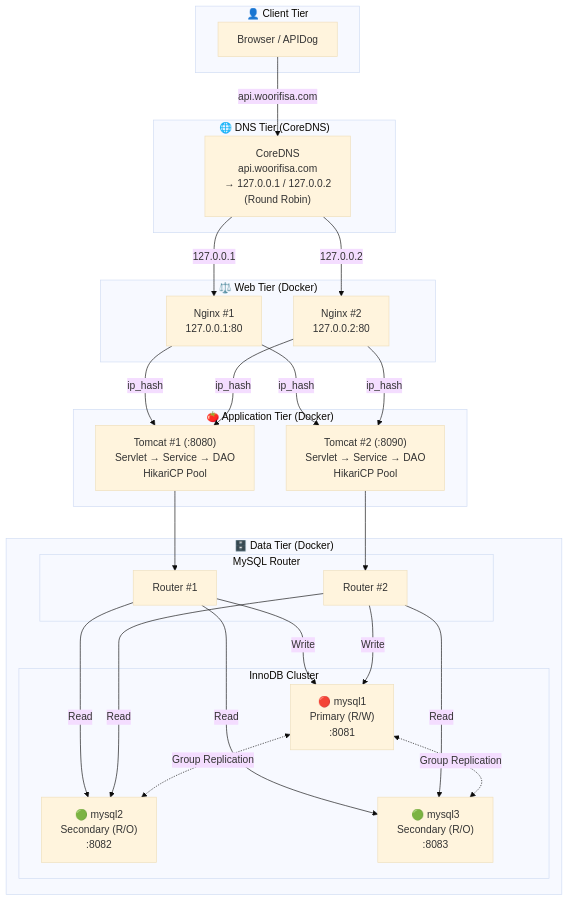
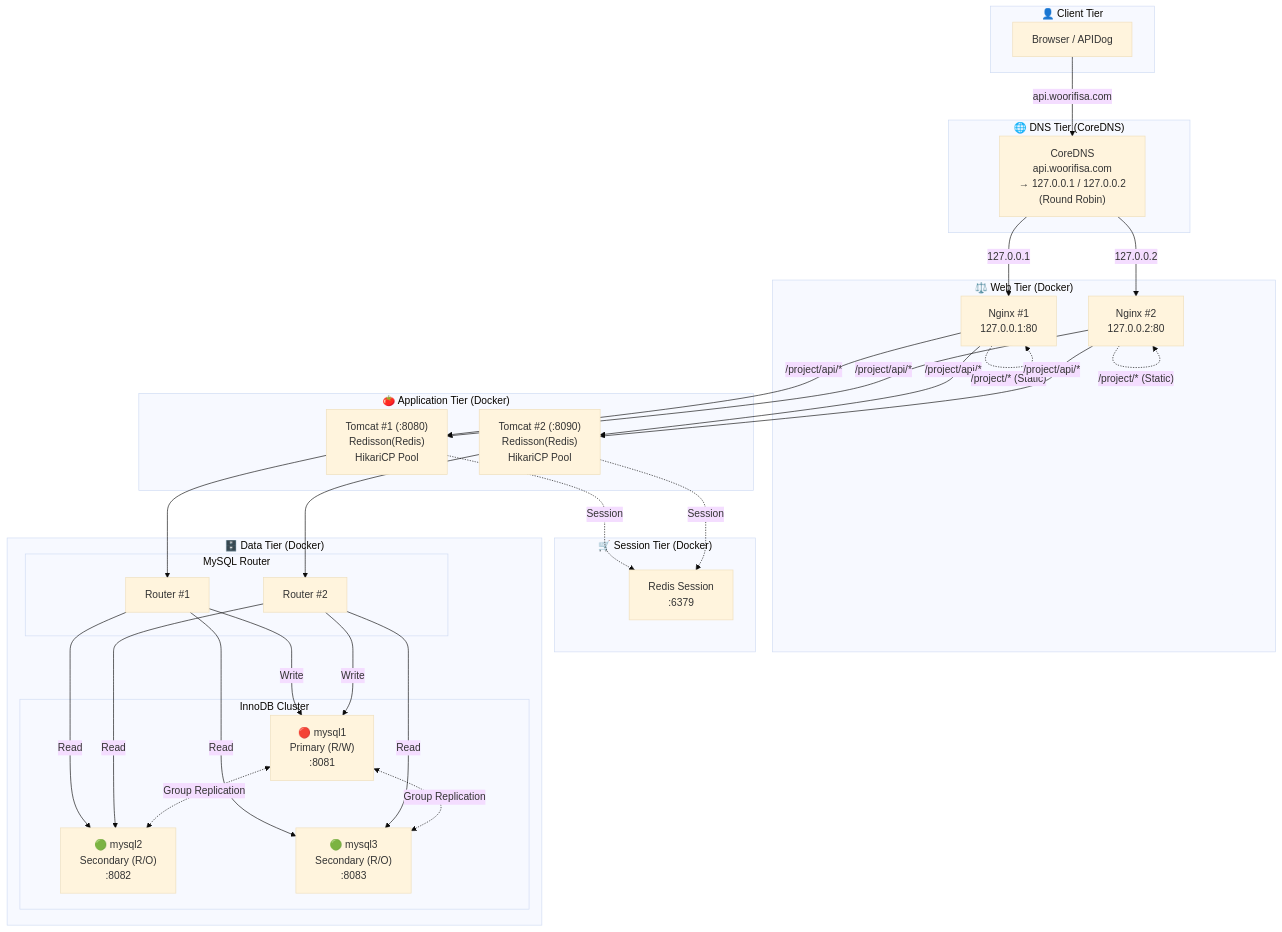
The diagram in README.md (PetterChanHyuk/Woori-FISA_3-Tier-Architecture), drawn with Mermaid (base theme) before and after one commit. The commit also changed other lines of this file and 30 other files, not shown here.

````diff
--- a/README.md
+++ b/README.md
@@ -11,50 +11,58 @@
 ```mermaid
 flowchart TB
     subgraph CLIENT ["👤 Client Tier"]
         Browser["Browser / APIDog"]
     end
 
     subgraph DNS ["🌐 DNS Tier (CoreDNS)"]
         CoreDNS["CoreDNS<br/>api.woorifisa.com<br/>→ 127.0.0.1 / 127.0.0.2<br/>(Round Robin)"]
     end
 
     subgraph WEB ["⚖️ Web Tier (Docker)"]
         N1["Nginx #1<br/>127.0.0.1:80"]
         N2["Nginx #2<br/>127.0.0.2:80"]
     end
 
     subgraph APP ["🍅 Application Tier (Docker)"]
-        T1["Tomcat #1 (:8080)<br/>Servlet → Service → DAO<br/>HikariCP Pool"]
-        T2["Tomcat #2 (:8090)<br/>Servlet → Service → DAO<br/>HikariCP Pool"]
+        T1["Tomcat #1 (:8080)<br/>Redisson(Redis)<br/>HikariCP Pool"]
+        T2["Tomcat #2 (:8090)<br/>Redisson(Redis)<br/>HikariCP Pool"]
+    end
+
+    subgraph SESSION ["🛒 Session Tier (Docker)"]
+        Redis["Redis Session<br/>:6379"]
     end
 
     subgraph DATA ["🗄️ Data Tier (Docker)"]
         subgraph ROUTER ["MySQL Router"]
             R1["Router #1"]
             R2["Router #2"]
         end
         subgraph CLUSTER ["InnoDB Cluster"]
             M1["🔴 mysql1<br/>Primary (R/W)<br/>:8081"]
             M2["🟢 mysql2<br/>Secondary (R/O)<br/>:8082"]
             M3["🟢 mysql3<br/>Secondary (R/O)<br/>:8083"]
         end
     end
 
     Browser -->|"api.woorifisa.com"| CoreDNS
     CoreDNS -->|"127.0.0.1"| N1
     CoreDNS -->|"127.0.0.2"| N2
-    N1 -->|"ip_hash"| T1
-    N1 -->|"ip_hash"| T2
-    N2 -->|"ip_hash"| T1
-    N2 -->|"ip_hash"| T2
+    N1 -->|"/project/api/*"| T1
+    N1 -->|"/project/api/*"| T2
+    N1 -.->|"/project/* (Static)"| N1
+    N2 -->|"/project/api/*"| T1
+    N2 -->|"/project/api/*"| T2
+    N2 -.->|"/project/* (Static)"| N2
+    T1 -.->|"Session"| Redis
+    T2 -.->|"Session"| Redis
     T1 --> R1
     T2 --> R2
     R1 -->|"Write"| M1
     R1 -->|"Read"| M2
     R1 -->|"Read"| M3
     R2 -->|"Write"| M1
     R2 -->|"Read"| M2
     R2 -->|"Read"| M3
     M1 <-.->|"Group Replication"| M2
     M1 <-.->|"Group Replication"| M3
 ```
````
